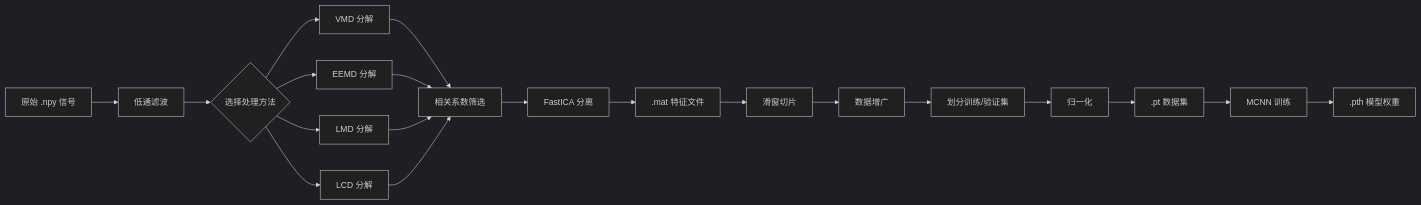
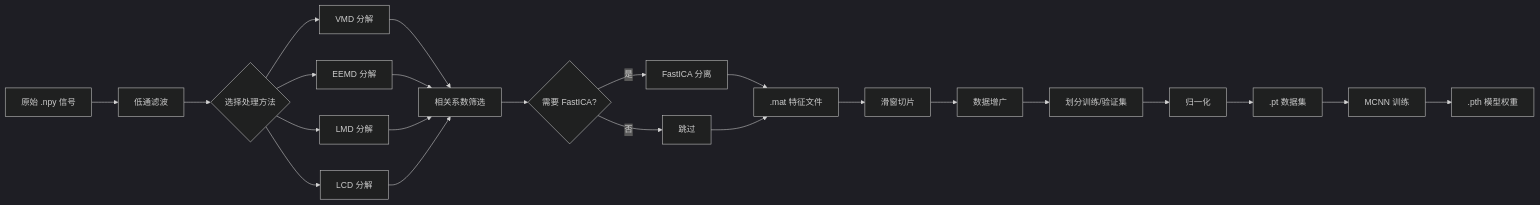
Before and after one commit to Beaker-Boy/LCD-FastICA-MCNN: the diagram in README.md, drawn with Mermaid (dark theme). The commit also changed other lines of this file and 3 other files, not shown here.

First line of the commit message:
``` feat(gui): 重构掘进机故障诊断系统为LCD-FastICA-MCNN核心架构

````diff
--- a/README.md
+++ b/README.md
@@ -274,22 +339,25 @@
 ```mermaid
 graph LR
     A[原始 .npy 信号] --> B[低通滤波]
     B --> C{选择处理方法}
     C --> D1[VMD 分解]
     C --> D2[EEMD 分解]
     C --> D3[LMD 分解]
     C --> D4[LCD 分解]
     D1 --> E[相关系数筛选]
     D2 --> E
     D3 --> E
     D4 --> E
-    E --> F[FastICA 分离]
-    F --> G[.mat 特征文件]
-    G --> H[滑窗切片]
-    H --> I[数据增广]
-    I --> J[划分训练/验证集]
-    J --> K[归一化]
-    K --> L[.pt 数据集]
-    L --> M[MCNN 训练]
-    M --> N[.pth 模型权重]
+    E --> F{需要 FastICA?}
+    F -->|是 | G[FastICA 分离]
+    F -->|否 | H[跳过]
+    G --> I[.mat 特征文件]
+    H --> I
+    I --> J[滑窗切片]
+    J --> K[数据增广]
+    K --> L[划分训练/验证集]
+    L --> M[归一化]
+    M --> N[.pt 数据集]
+    N --> O[MCNN 训练]
+    O --> P[.pth 模型权重]
 ```
````
